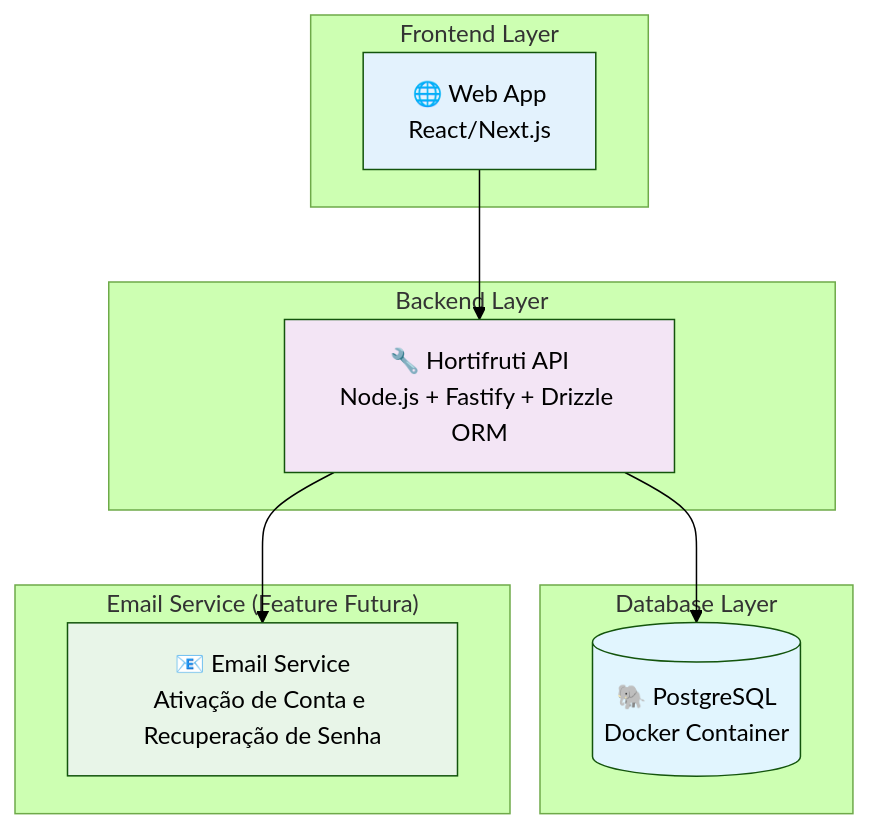
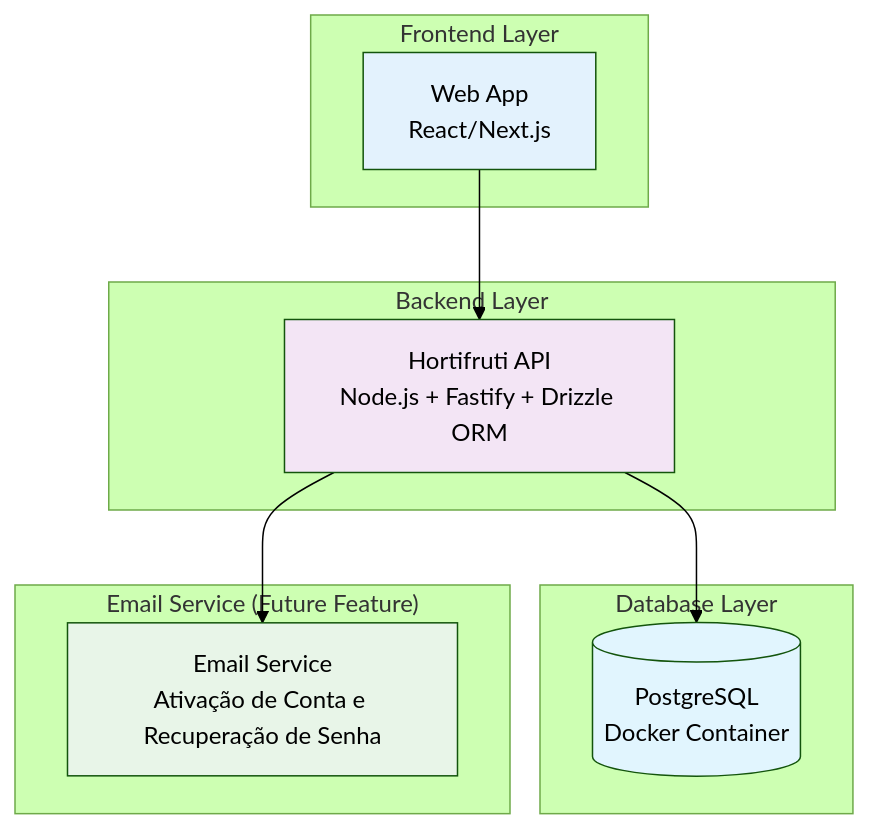
The diagram in README.md (diogomasc/Hortifruti-BoaSaude-API), drawn with Mermaid (forest theme) before and after one commit. The commit also changed other lines of this file and 7 other files, not shown here.

````diff
--- a/README.md
+++ b/README.md
@@ -11,28 +70,27 @@
 ```mermaid
 graph TB
     subgraph "Frontend Layer"
-        WEB[🌐 Web App<br/>React/Next.js]
+        WEB[Web App<br/>React/Next.js]
     end
 
     subgraph "Backend Layer"
-        API[🔧 Hortifruti API<br/>Node.js + Fastify + Drizzle ORM]
+        API[Hortifruti API<br/>Node.js + Fastify + Drizzle ORM]
     end
 
     subgraph "Database Layer"
-        POSTGRES[(🐘 PostgreSQL<br/>Docker Container)]
+        POSTGRES[(PostgreSQL<br/>Docker Container)]
     end
 
-    subgraph "Email Service (Feature Futura)"
-        EMAIL[📧 Email Service<br/>Ativação de Conta e Recuperação de Senha]
+    subgraph "Email Service (Future Feature)"
+        EMAIL[Email Service<br/>Ativação de Conta e Recuperação de Senha]
     end
 
     WEB --> API
-
     API --> POSTGRES
     API --> EMAIL
 
     style WEB fill:#e3f2fd
     style API fill:#f3e5f5
     style POSTGRES fill:#e1f5fe
     style EMAIL fill:#e8f5e8
 ```
````
